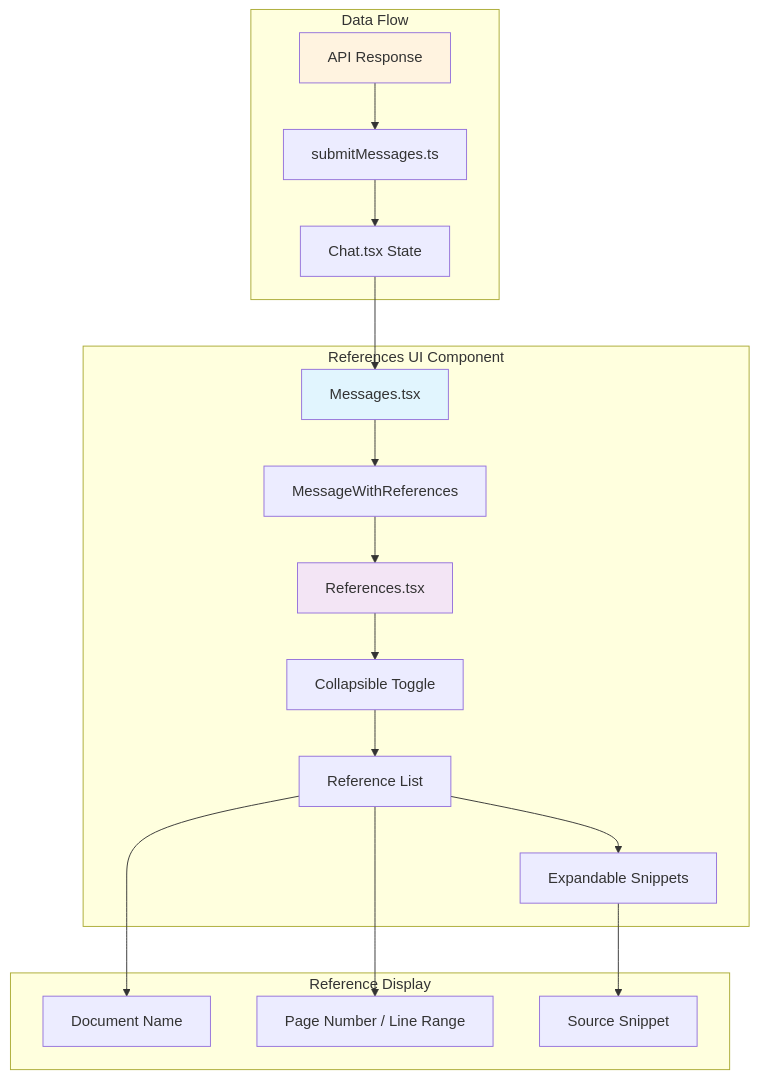
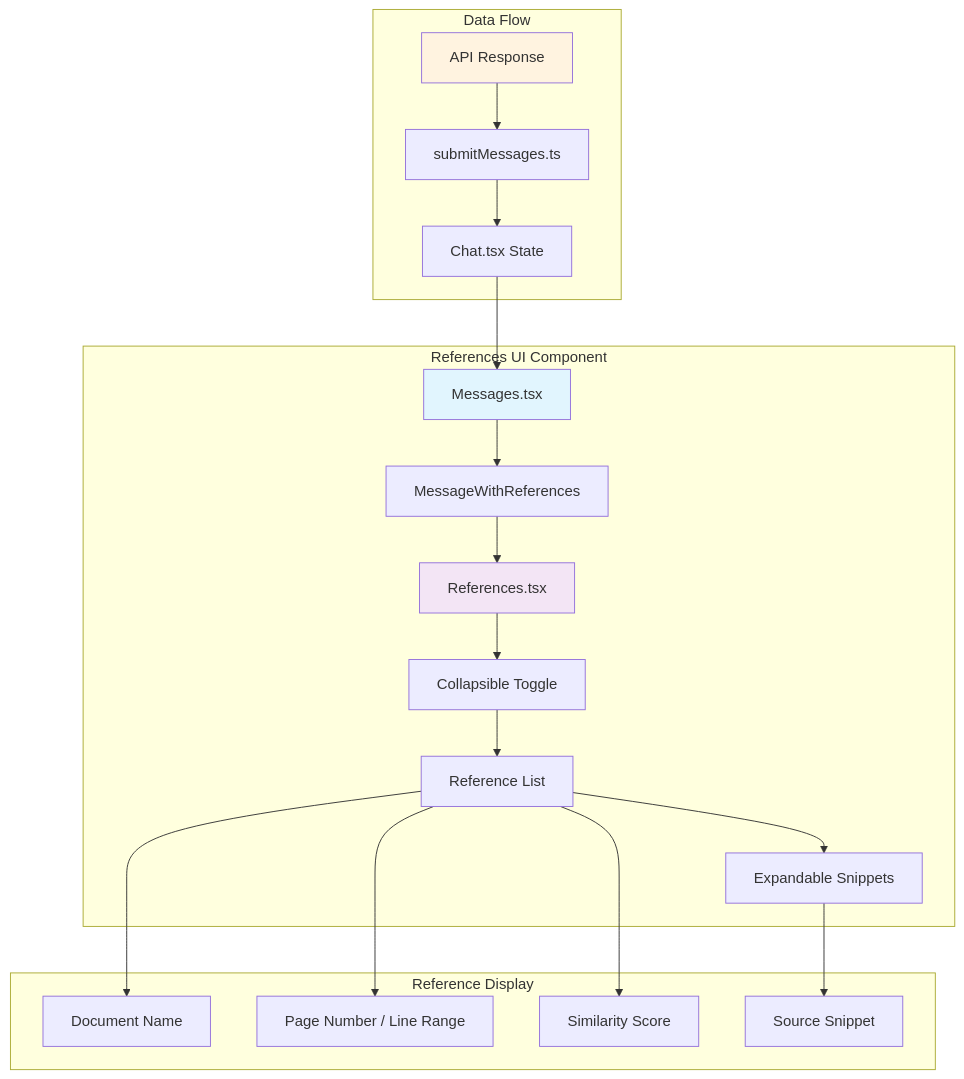
The tenth of 10 diagrams in docs/architecture/current-architecture.md (andrewdeanyoder/siebert-ai), drawn with Mermaid before and after one commit. The commit also changed other lines of this file and 5 other files, not shown here.

Commit message:
feat: display similarity score in References component

````diff
--- a/docs/architecture/current-architecture.md
+++ b/docs/architecture/current-architecture.md
@@ -368,26 +368,27 @@
 ```mermaid
 graph TB
     subgraph "References UI Component"
         A[Messages.tsx] --> B[MessageWithReferences]
         B --> C[References.tsx]
         C --> D[Collapsible Toggle]
         D --> E[Reference List]
         E --> F[Expandable Snippets]
     end
 
     subgraph "Data Flow"
         G[API Response] --> H[submitMessages.ts]
         H --> I[Chat.tsx State]
         I --> A
     end
 
     subgraph "Reference Display"
         E --> J[Document Name]
         E --> K[Page Number / Line Range]
+        E --> M2[Similarity Score]
         F --> L[Source Snippet]
     end
 
     style A fill:#e1f5fe
     style C fill:#f3e5f5
     style G fill:#fff3e0
 ```
````
